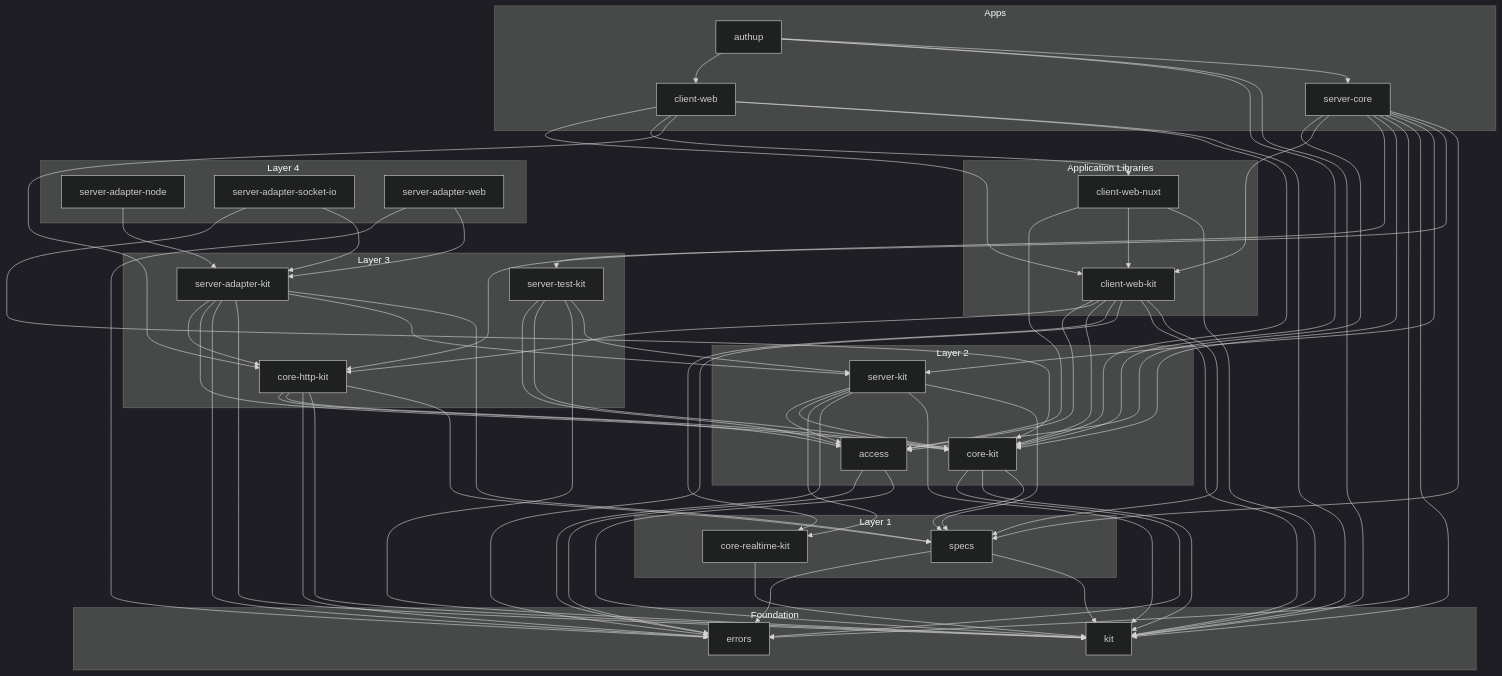
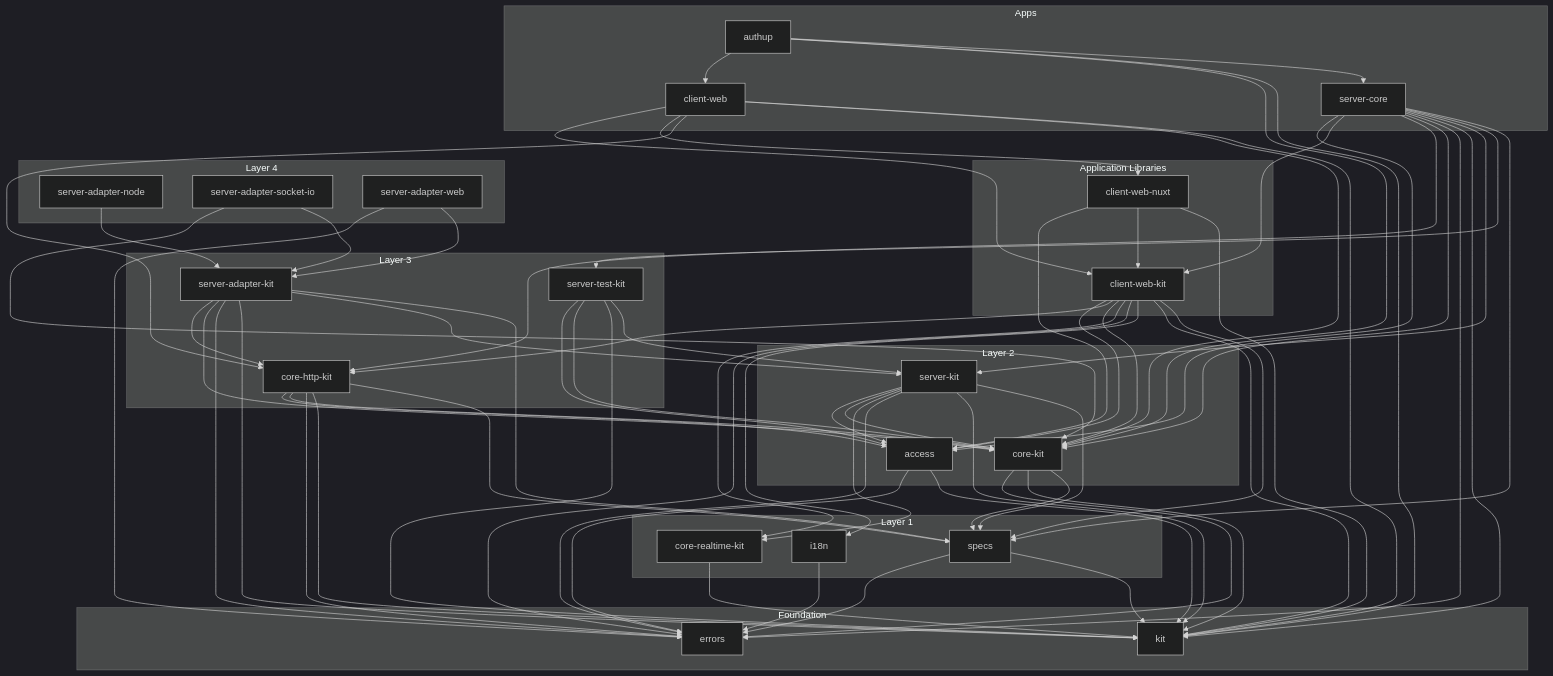
The diagram in DEPENDENCY_GRAPH.md (authup/authup), drawn with Mermaid (dark theme) before and after one commit. The commit also changed 129 other files, not shown here.

First line of the commit message:
feat(i18n): apply translations across client-web & client-web-kit UI (#3095)

```diff
--- a/DEPENDENCY_GRAPH.md
+++ b/DEPENDENCY_GRAPH.md
@@ -12,6 +12,7 @@
     subgraph Layer 1
         specs
         core-realtime-kit
+        i18n
     end
 
     subgraph Layer 2
@@ -49,6 +50,7 @@
     specs --> errors
     specs --> kit
     core-realtime-kit --> kit
+    i18n --> errors
 
     %% Layer 2
     access --> errors
@@ -93,6 +95,7 @@
     client-web-kit --> core-kit
     client-web-kit --> core-realtime-kit
     client-web-kit --> errors
+    client-web-kit --> i18n
     client-web-kit --> kit
     client-web-kit --> specs
     client-web-nuxt --> access
```
